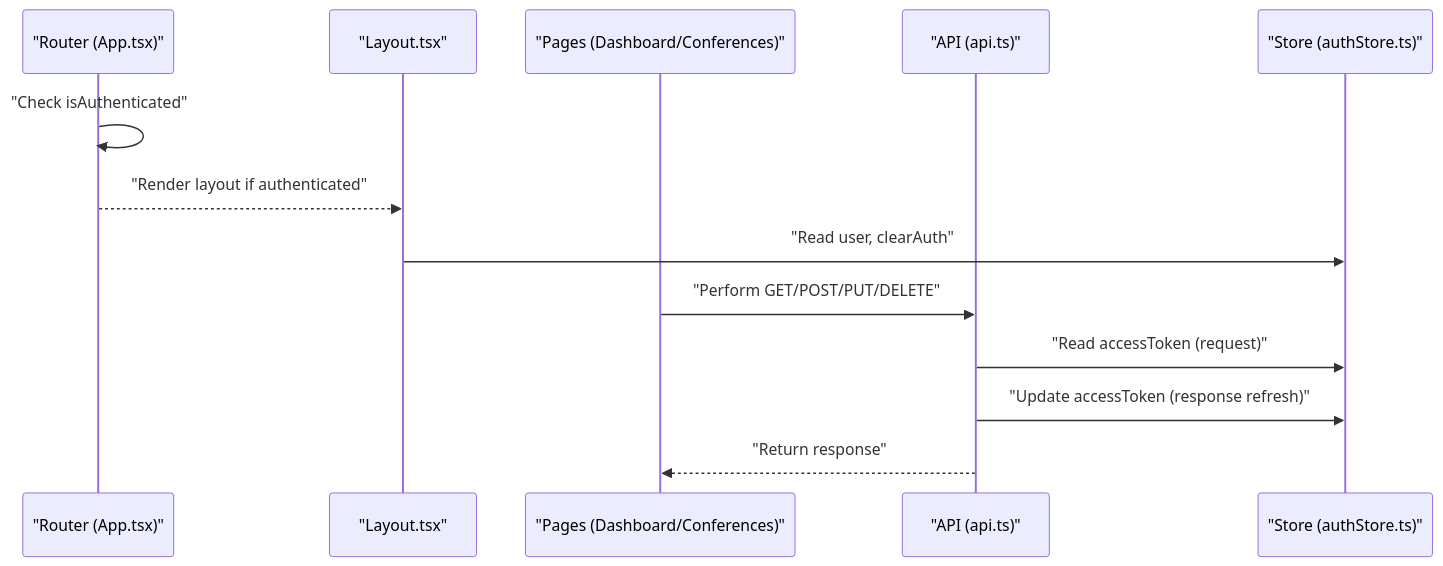
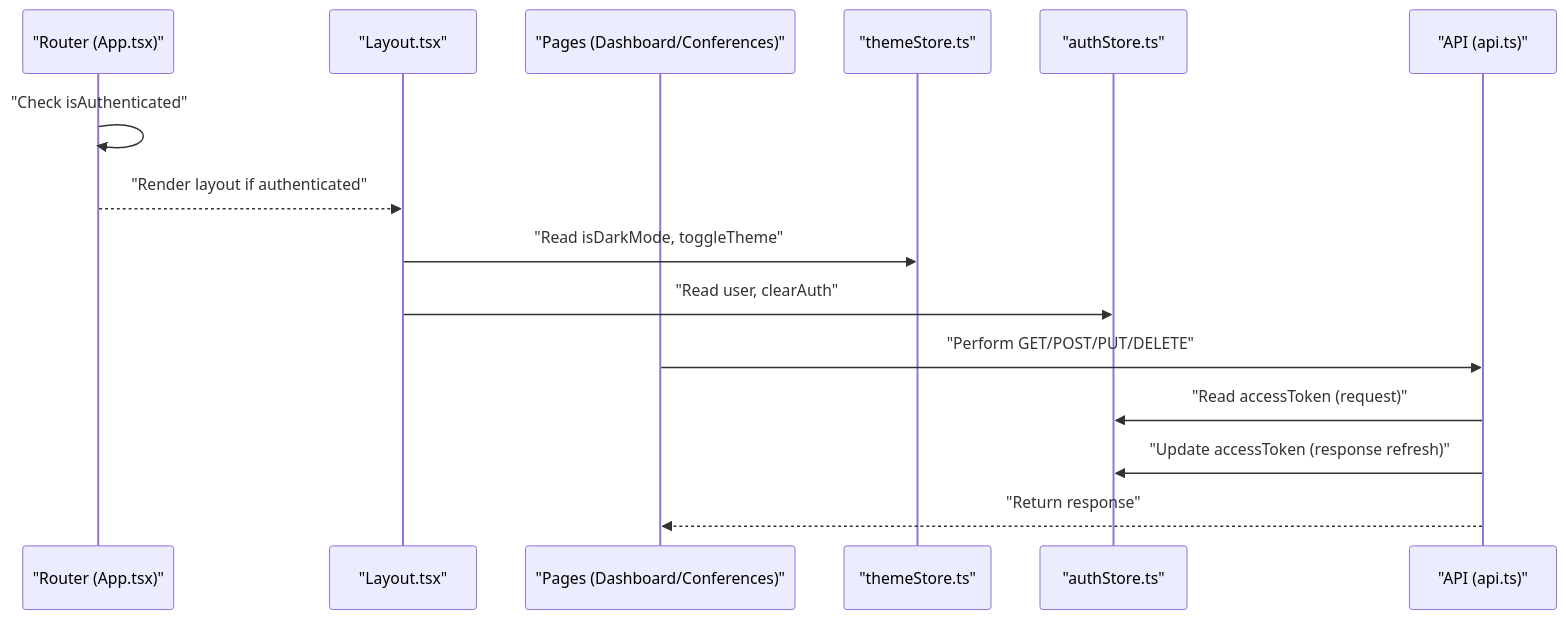
The sixth of 7 diagrams in .qoder/repowiki/en/content/Frontend Application/State Management.md (Vostrikov2014/vks-qoder), drawn with Mermaid before and after one commit. The commit also changed other lines of this file and 5 other files, not shown here.

````diff
--- a/.qoder/repowiki/en/content/Frontend Application/State Management.md
+++ b/.qoder/repowiki/en/content/Frontend Application/State Management.md
@@ -236,15 +296,17 @@
 ```mermaid
 sequenceDiagram
 participant R as "Router (App.tsx)"
 participant L as "Layout.tsx"
 participant C as "Pages (Dashboard/Conferences)"
+participant TS as "themeStore.ts"
+participant AS as "authStore.ts"
 participant S as "API (api.ts)"
-participant Z as "Store (authStore.ts)"
 R->>R : "Check isAuthenticated"
 R-->>L : "Render layout if authenticated"
-L->>Z : "Read user, clearAuth"
+L->>TS : "Read isDarkMode, toggleTheme"
+L->>AS : "Read user, clearAuth"
 C->>S : "Perform GET/POST/PUT/DELETE"
-S->>Z : "Read accessToken (request)"
-S->>Z : "Update accessToken (response refresh)"
+S->>AS : "Read accessToken (request)"
+S->>AS : "Update accessToken (response refresh)"
 S-->>C : "Return response"
 ```
````
